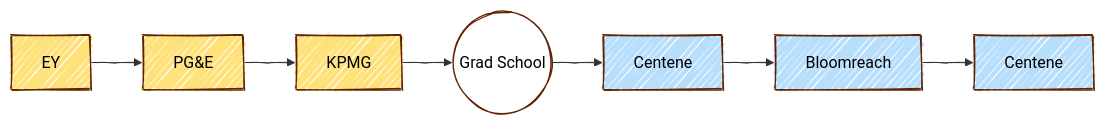
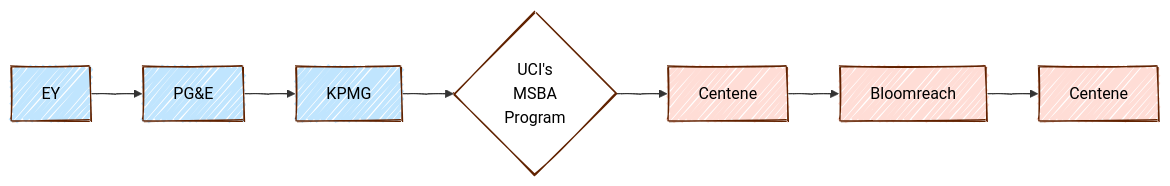
Before and after one commit to JavOrraca/Big-Data-Tiny-Laptop: diagram 12 of 13 in big-data-tiny-laptop.qmd, drawn with Mermaid. The commit also changed other lines of this file and 73 other files, not shown here.

````diff
--- a/big-data-tiny-laptop.qmd
+++ b/big-data-tiny-laptop.qmd
@@ -274,22 +289,22 @@
 ```{mermaid}
 %%| eval: true
 ---
 config:
   look: handDrawn
 ---
 
 flowchart LR
   A[EY] --> B[PG&E]
   B --> C[KPMG]
-  C --> D((Grad School))
+  C --> D{UCI's<br>MSBA<br>Program}
   D --> E[Centene]
   E --> F[Bloomreach]
   F --> G[Centene]
-
-  classDef yellowdrawn fill:#fee179,stroke:#612200,color:#000000;
-  classDef bluedrawn fill:#b7dffc,stroke:#612200,color:#000000;
+  
+  classDef bluedrawn fill:#c0e5fe,stroke:#612200,color:#000000;
+  classDef peachdrawn fill:#ffddd6,stroke:#612200,color:#000000;
   classDef whitedrawn fill:#ffffff,stroke:#612200,color:#000000;
-  class A,B,C yellowdrawn;
+  class A,B,C bluedrawn;
   class D whitedrawn;
-  class E,F,G bluedrawn;
+  class E,F,G peachdrawn;
 ```
````
